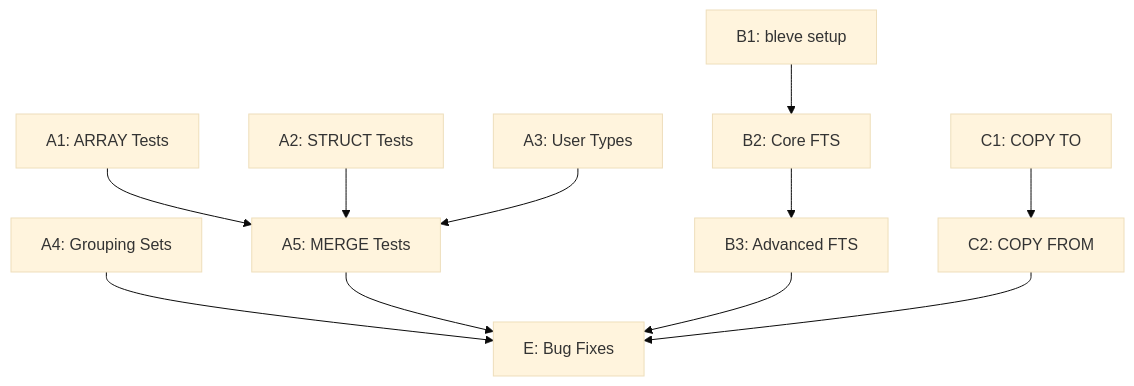
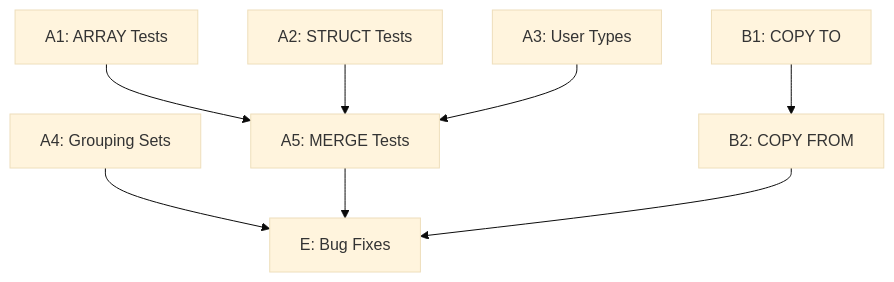
One commit to cyw0ng95/sqlvibe changed the diagram in docs/plan-v0.9.9.md. Above: the diagram before and after it, drawn with Mermaid (base theme). The commit also changed other lines of this file, not shown here.

Commit message:
docs: Update v0.9.9 plan - removed FTS (Track B now COPY only) Co-authored-by: monkeycode-ai <monkeycode-ai@chaitin.com>

````diff
--- a/docs/plan-v0.9.9.md
+++ b/docs/plan-v0.9.9.md
@@ -149,15 +106,11 @@
 ```mermaid
 graph TD
     A1[A1: ARRAY Tests] --> A5[A5: MERGE Tests]
     A2[A2: STRUCT Tests] --> A5
     A3[A3: User Types] --> A5
     A4[A4: Grouping Sets] --> E[E: Bug Fixes]
     A5 --> E
     
-    B1[B1: bleve setup] --> B2[B2: Core FTS]
-    B2 --> B3[B3: Advanced FTS]
-    B3 --> E
-    
-    C1[C1: COPY TO] --> C2[C2: COPY FROM]
-    C2 --> E
+    B1[B1: COPY TO] --> B2[B2: COPY FROM]
+    B2 --> E
 ```
````
